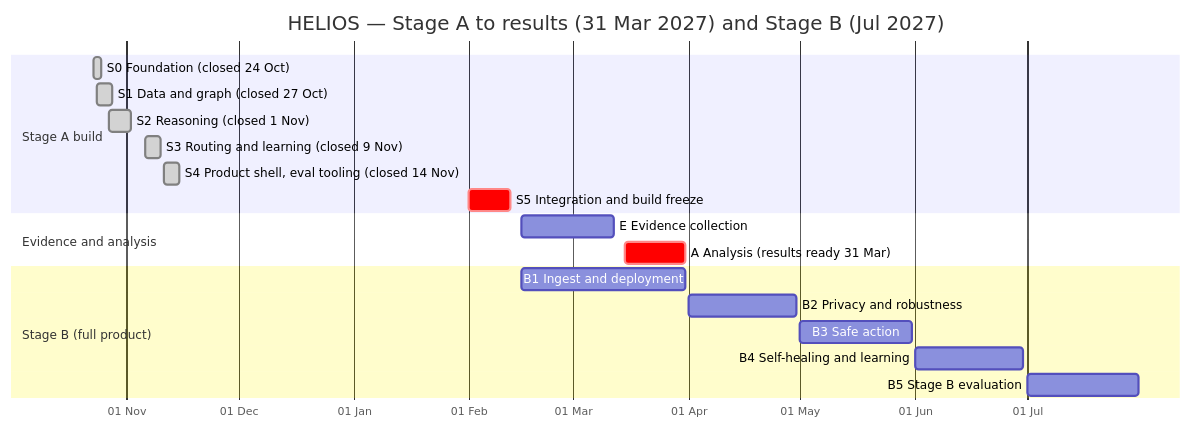
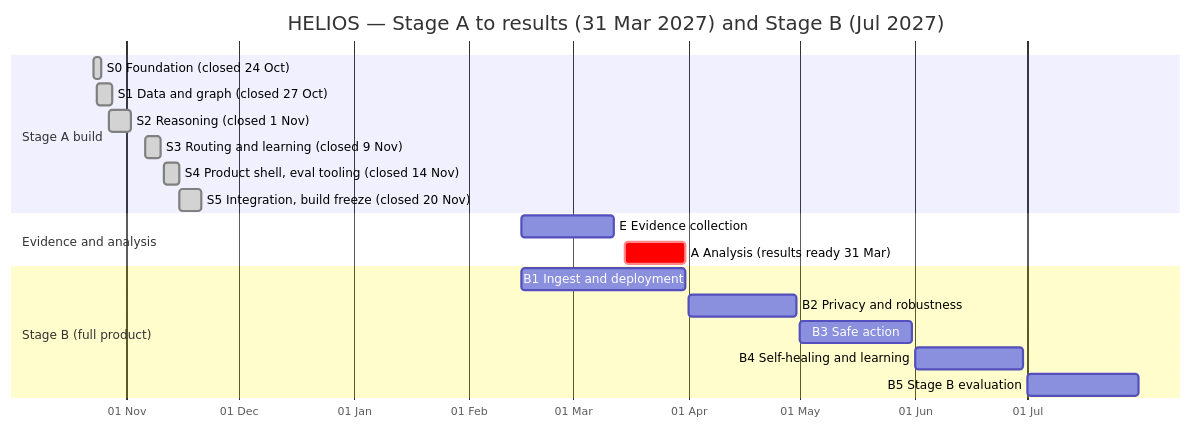
The first of 2 diagrams in docs/tracking/dashboard.md (akshayadik/helios-mvp), drawn with Mermaid before and after one commit. The commit also changed other lines of this file and 4 other files, not shown here.

````diff
--- a/docs/tracking/dashboard.md
+++ b/docs/tracking/dashboard.md
@@ -11,25 +11,25 @@
 ```mermaid
 gantt
     title HELIOS — Stage A to results (31 Mar 2027) and Stage B (Jul 2027)
     dateFormat YYYY-MM-DD
     axisFormat %d %b
 
     section Stage A build
     S0 Foundation (closed 24 Oct)        :done, s0, 2026-10-23, 2d
     S1 Data and graph (closed 27 Oct)    :done, s1, 2026-10-24, 4d
     S2 Reasoning (closed 1 Nov)          :done, s2, 2026-10-27, 6d
     S3 Routing and learning (closed 9 Nov) :done, s3, 2026-11-06, 4d
     S4 Product shell, eval tooling (closed 14 Nov) :done, s4, 2026-11-11, 4d
-    S5 Integration and build freeze      :crit, s5, 2027-02-01, 2027-02-12
+    S5 Integration, build freeze (closed 20 Nov) :done, s5, 2026-11-15, 6d
 
     section Evidence and analysis
     E Evidence collection                :e, 2027-02-15, 2027-03-12
     A Analysis (results ready 31 Mar)    :crit, a, 2027-03-15, 2027-03-31
 
     section Stage B (full product)
     B1 Ingest and deployment             :b1, 2027-02-15, 2027-03-31
     B2 Privacy and robustness            :b2, 2027-04-01, 2027-04-30
     B3 Safe action                       :b3, 2027-05-01, 2027-05-31
     B4 Self-healing and learning         :b4, 2027-06-01, 2027-06-30
     B5 Stage B evaluation                :b5, 2027-07-01, 2027-07-31
 ```
````
